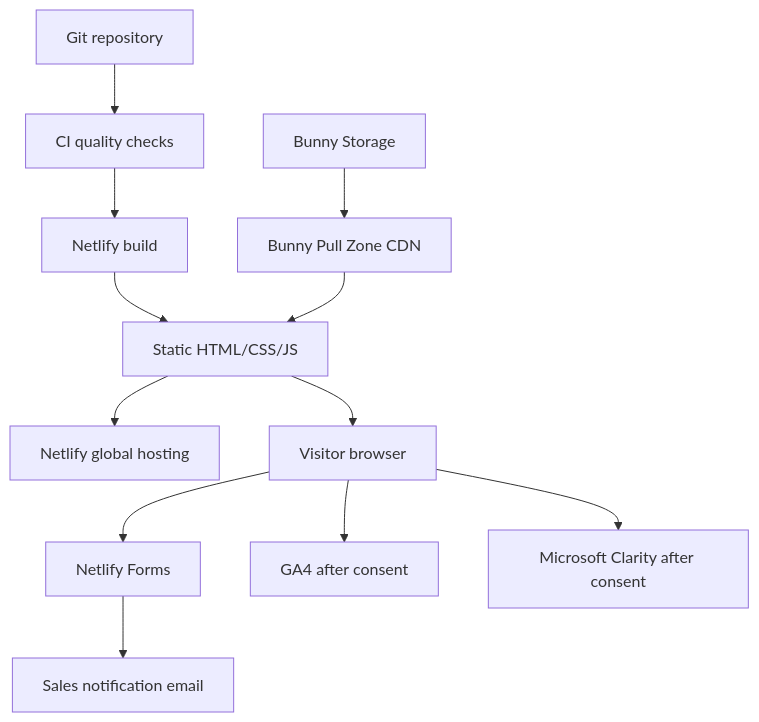
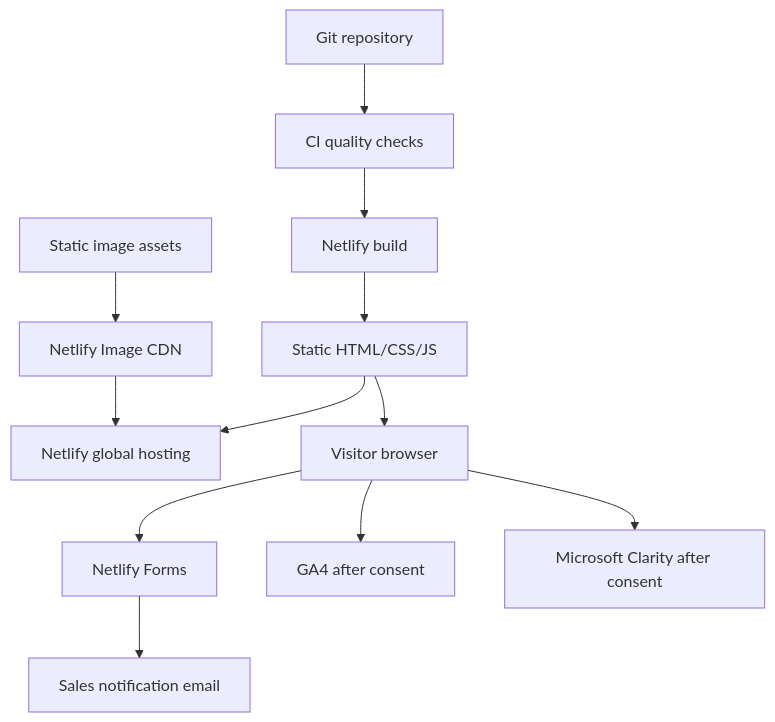
The second of 2 diagrams in implementation.md (Adithyashetty2002/Bicycle), drawn with Mermaid before and after one commit. The commit also changed other lines of this file and 1 other file, not shown here.

Commit message:
Replace Bunny CDN requirement with Netlify

````diff
--- a/implementation.md
+++ b/implementation.md
@@ -149,14 +149,14 @@
 ```mermaid
 flowchart TB
     A[Git repository] --> B[CI quality checks]
     B --> C[Netlify build]
     C --> D[Static HTML/CSS/JS]
     D --> E[Netlify global hosting]
-    F[Bunny Storage] --> G[Bunny Pull Zone CDN]
-    G --> D
+    F[Static image assets] --> G[Netlify Image CDN]
+    G --> E
     D --> H[Visitor browser]
     H --> I[Netlify Forms]
     I --> J[Sales notification email]
     H --> K[GA4 after consent]
     H --> L[Microsoft Clarity after consent]
 ```
````
